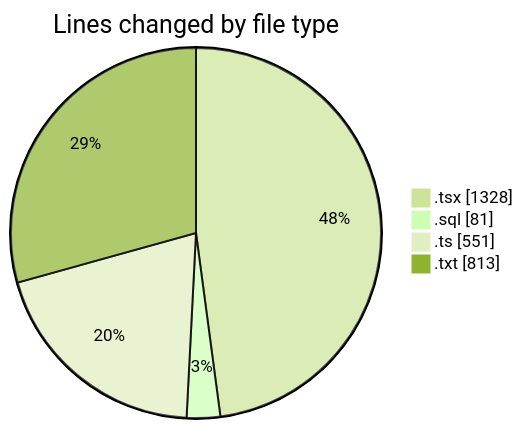
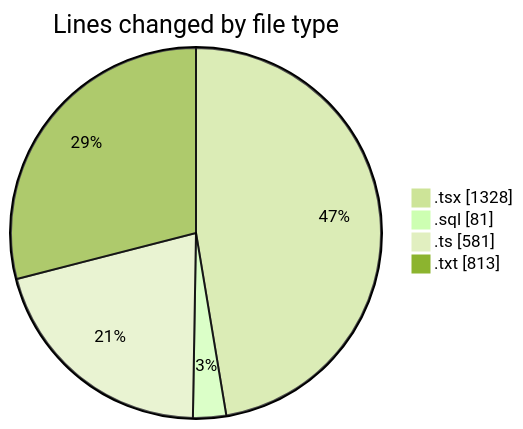
The first of 2 diagrams in 2025-09-09/hiai-phf/README.md (lephambinh05/code-tracking), drawn with Mermaid (forest theme) before and after one commit. The commit also changed other lines of this file and 1 other file, not shown here.

````diff
--- a/2025-09-09/hiai-phf/README.md
+++ b/2025-09-09/hiai-phf/README.md
@@ -38,8 +38,8 @@
 ```mermaid
 pie showData
 title Lines changed by file type
 ".tsx" : 1328
 ".sql" : 81
-".ts" : 551
+".ts" : 581
 ".txt" : 813
 ```
````
